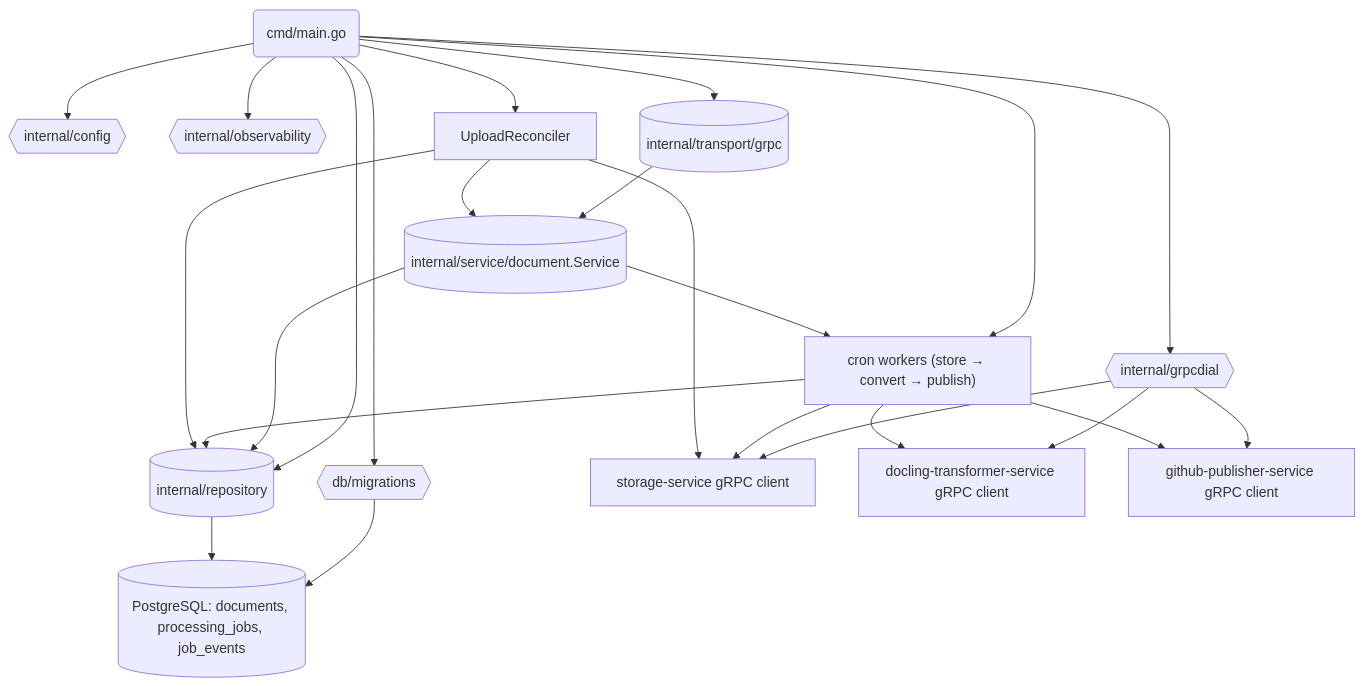
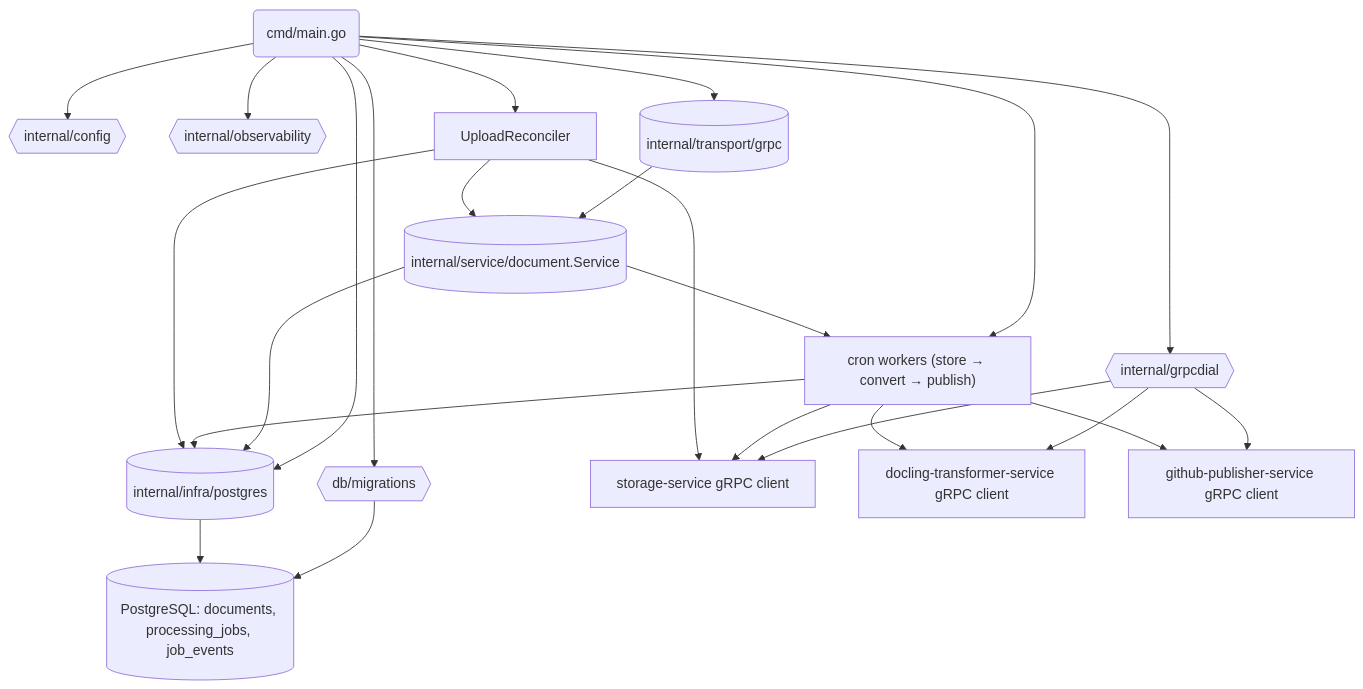
One commit to FedorovTeam/mono-repo changed the diagram in backend/document-service/code.md. Above: the diagram before and after it, drawn with Mermaid. The commit also changed other lines of this file and 14 other files, not shown here.

````diff
--- a/backend/document-service/code.md
+++ b/backend/document-service/code.md
@@ -3,31 +3,31 @@
 ```mermaid
 flowchart TD
     main("cmd/main.go") --> configLoader{{"internal/config"}}
     main --> observability{{"internal/observability"}}
     main --> migrations{{"db/migrations"}}
     main --> repo
     main --> grpcDial{{"internal/grpcdial"}}
     main --> jobWorkers["cron workers (store → convert → publish)"]
     main --> uploadReconciler["UploadReconciler"]
     main --> grpcServer
 
     migrations --> db[(PostgreSQL: documents, processing_jobs, job_events)]
-    repo[(internal/repository)] --> db
+    repo[(internal/infra/postgres)] --> db
 
     grpcDial --> storageClient["storage-service gRPC client"]
     grpcDial --> transformerClient["docling-transformer-service gRPC client"]
     grpcDial --> publisherClient["github-publisher-service gRPC client"]
 
     grpcServer[(internal/transport/grpc)] --> service
     service[(internal/service/document.Service)] --> repo
     service --> jobWorkers
 
     jobWorkers --> repo
     jobWorkers --> storageClient
     jobWorkers --> transformerClient
     jobWorkers --> publisherClient
 
     uploadReconciler --> repo
     uploadReconciler --> storageClient
     uploadReconciler --> service
 ```
````
